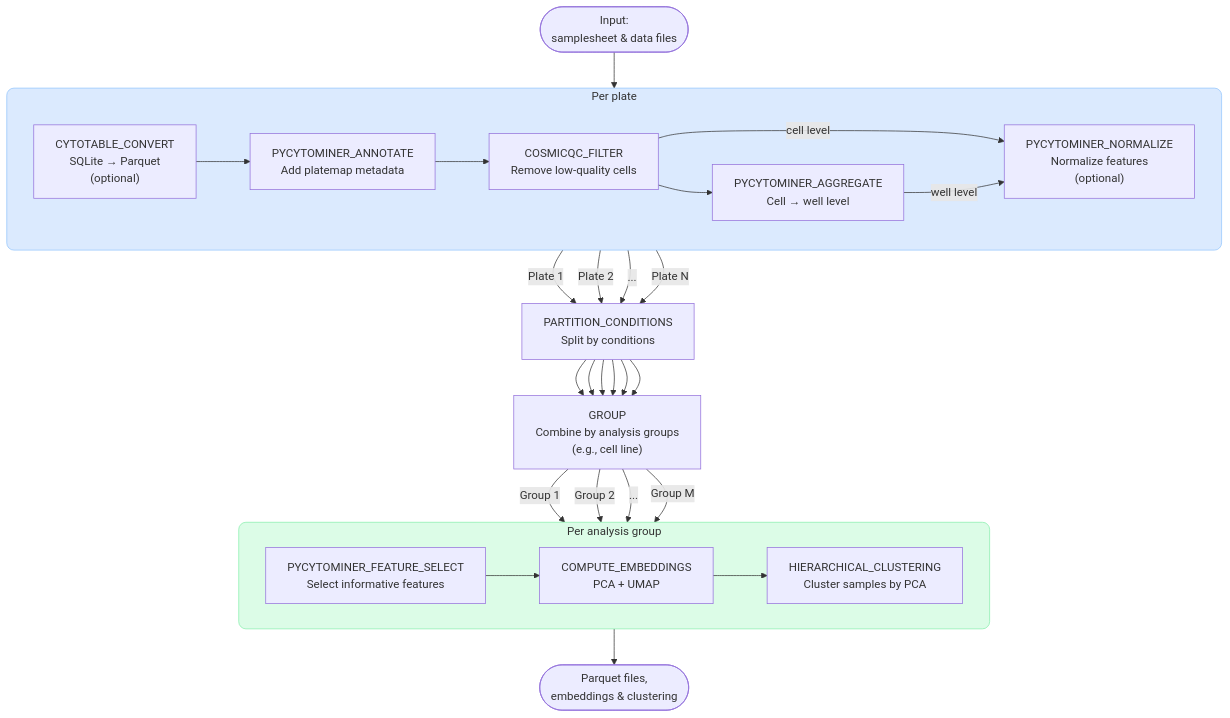
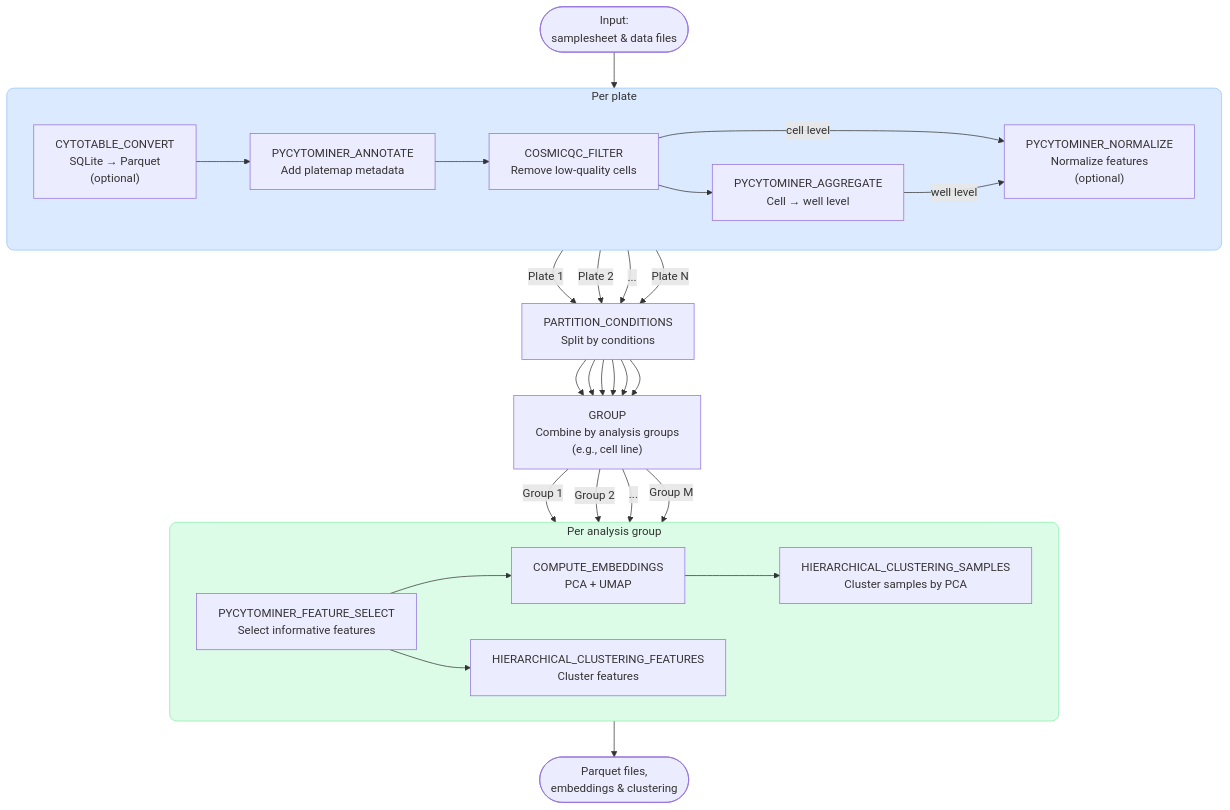
The diagram in README.md (AlexsLemonade/morphport), drawn with Mermaid before and after one commit. The commit also changed 6 other files, not shown here.

````diff
--- a/README.md
+++ b/README.md
@@ -22,50 +22,52 @@
 ```mermaid
 flowchart TD
     INPUT([Input:\nsamplesheet & data files])
 
     subgraph per_plate ["Per plate"]
         CYTOTABLE["CYTOTABLE_CONVERT\nSQLite → Parquet\n(optional)"]
         ANNOTATE[PYCYTOMINER_ANNOTATE\nAdd platemap metadata]
         FILTER[COSMICQC_FILTER\nRemove low-quality cells]
         AGGREGATE[PYCYTOMINER_AGGREGATE\nCell → well level]
         NORMALIZE["PYCYTOMINER_NORMALIZE\nNormalize features\n(optional)"]
 
         CYTOTABLE --> ANNOTATE
         ANNOTATE --> FILTER
         FILTER -->|cell level| NORMALIZE
         FILTER --> AGGREGATE
         AGGREGATE -->|well level| NORMALIZE
     end
 
     subgraph per_group ["Per analysis group"]
         FEATURE_SELECT[PYCYTOMINER_FEATURE_SELECT\nSelect informative features]
         EMBEDDINGS[COMPUTE_EMBEDDINGS\nPCA + UMAP]
-        CLUSTERING[HIERARCHICAL_CLUSTERING\nCluster samples by PCA]
+        CLUSTERING[HIERARCHICAL_CLUSTERING_SAMPLES\nCluster samples by PCA]
+        CLUSTER_FEATURES[HIERARCHICAL_CLUSTERING_FEATURES\nCluster features]
         FEATURE_SELECT --> EMBEDDINGS
         EMBEDDINGS --> CLUSTERING
+        FEATURE_SELECT --> CLUSTER_FEATURES
     end
 
     style per_plate fill:#dbeafe,stroke:#93c5fd,rx:10,ry:10
     style per_group fill:#dcfce7,stroke:#86efac,rx:10,ry:10
 
     INPUT --> per_plate
 
     PARTITION["PARTITION_CONDITIONS\nSplit by conditions"]
     GROUP["GROUP\nCombine by analysis groups\n(e.g., cell line)"]
 
     per_plate -->|"Plate 1"| PARTITION
     per_plate -->|"Plate 2"| PARTITION
     per_plate -->|"..."| PARTITION
     per_plate -->|"Plate N"| PARTITION
     PARTITION --> GROUP
     PARTITION --> GROUP
     PARTITION --> GROUP
     PARTITION --> GROUP
     PARTITION --> GROUP
     PARTITION --> GROUP
     GROUP -->|"Group 1"| per_group
     GROUP -->|"Group 2"| per_group
     GROUP -->|"..."| per_group
     GROUP -->|"Group M"| per_group
     per_group --> OUTPUT([Parquet files,\nembeddings & clustering])
 ```
````
